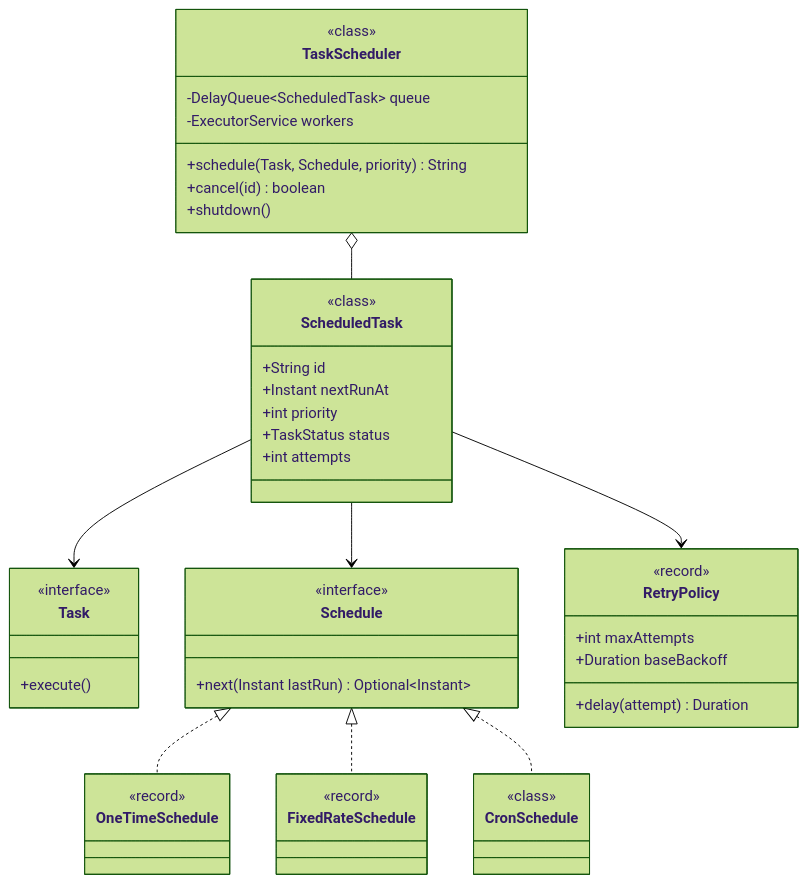
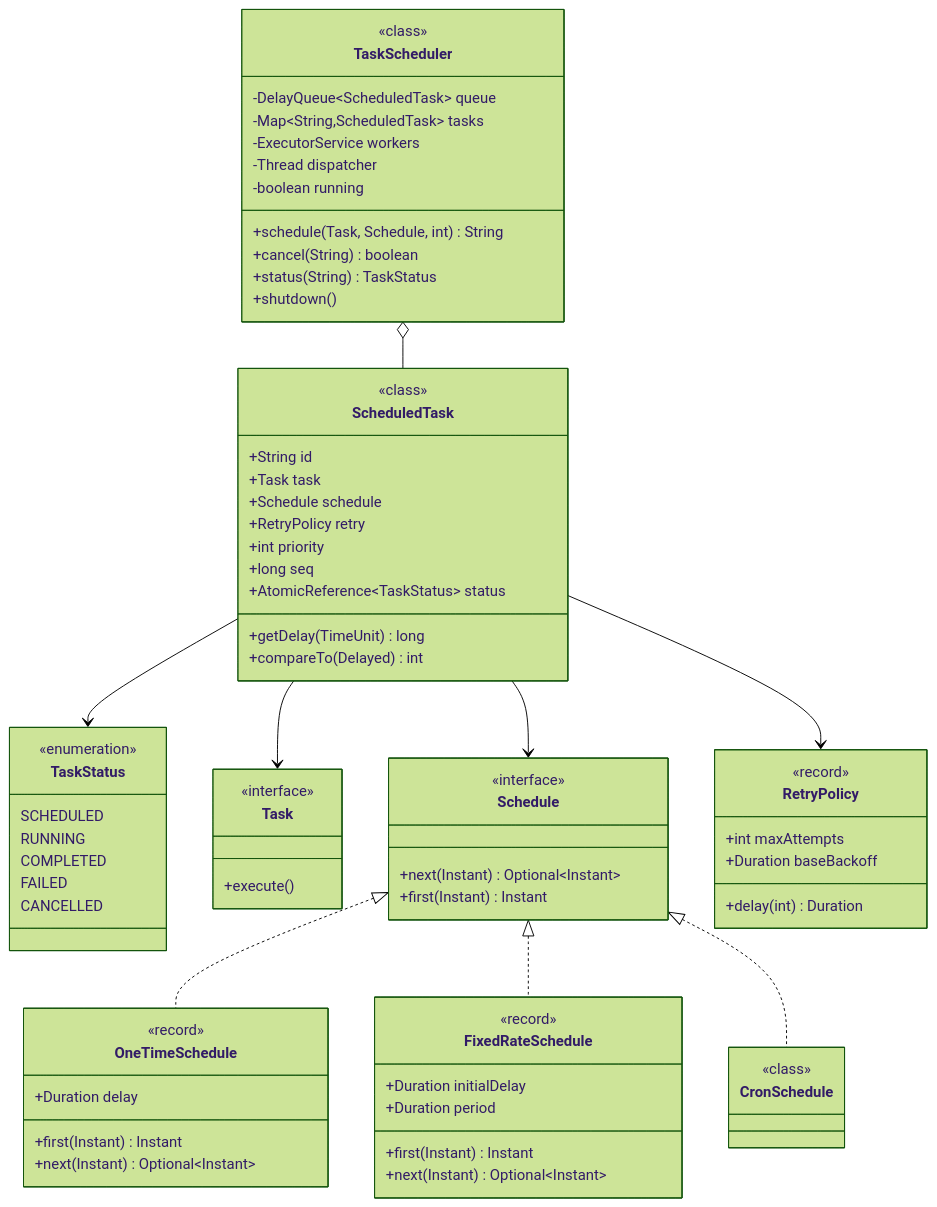
The first of 2 diagrams in system-design/lld/10-task-scheduler.md (amarkum/amarkumar.guru), drawn with Mermaid (forest theme) before and after one commit. The commit also changed 27 other files, not shown here.

Commit message:
Rebuild every UML class diagram from its Java code, add a notes progress tracker, and make diagrams readable with zoom and a legend.

````diff
--- a/system-design/lld/10-task-scheduler.md
+++ b/system-design/lld/10-task-scheduler.md
@@ -37,61 +37,74 @@
 ```mermaid
 classDiagram
+    class TaskStatus {
+      <<enumeration>>
+      SCHEDULED
+      RUNNING
+      COMPLETED
+      FAILED
+      CANCELLED
+    }
     class Task {
       <<interface>>
       +execute()
     }
     class Schedule {
       <<interface>>
-      +next(Instant lastRun) Optional~Instant~
+      +next(Instant) Optional~Instant~
+      +first(Instant) Instant
     }
     class OneTimeSchedule {
       <<record>>
+      +Duration delay
+      +first(Instant) Instant
+      +next(Instant) Optional~Instant~
     }
     class FixedRateSchedule {
       <<record>>
+      +Duration initialDelay
+      +Duration period
+      +first(Instant) Instant
+      +next(Instant) Optional~Instant~
+    }
+    class RetryPolicy {
+      <<record>>
+      +int maxAttempts
+      +Duration baseBackoff
+      +delay(int) Duration
+    }
+    class ScheduledTask {
+      <<class>>
+      +String id
+      +Task task
+      +Schedule schedule
+      +RetryPolicy retry
+      +int priority
+      +long seq
+      +AtomicReference~TaskStatus~ status
+      +getDelay(TimeUnit) long
+      +compareTo(Delayed) int
+    }
+    class TaskScheduler {
+      <<class>>
+      -DelayQueue~ScheduledTask~ queue
+      -Map~String,ScheduledTask~ tasks
+      -ExecutorService workers
+      -Thread dispatcher
+      -boolean running
+      +schedule(Task, Schedule, int) String
+      +cancel(String) boolean
+      +status(String) TaskStatus
+      +shutdown()
     }
     class CronSchedule {
       <<class>>
-    }
-    class RetryPolicy {
-      +int maxAttempts
-      +Duration baseBackoff
-      +delay(attempt) Duration
-    }
-    class ScheduledTask {
-      +String id
-      +Instant nextRunAt
-      +int priority
-      +TaskStatus status
-      +int attempts
-    }
-    class TaskScheduler {
-      -DelayQueue~ScheduledTask~ queue
-      -ExecutorService workers
-      +schedule(Task, Schedule, priority) String
-      +cancel(id) boolean
-      +shutdown()
     }
     Schedule <|.. OneTimeSchedule
     Schedule <|.. FixedRateSchedule
     Schedule <|.. CronSchedule
     ScheduledTask --> Task
     ScheduledTask --> Schedule
     ScheduledTask --> RetryPolicy
     TaskScheduler o-- ScheduledTask
-    class ScheduledTask {
-      <<class>>
-    }
-    class RetryPolicy {
-      <<record>>
-    }
-    class TaskScheduler {
-      <<class>>
-    }
-    class Schedule {
-      <<interface>>
-    }
-    class Task {
-      <<class>>
-    }
+    ScheduledTask --> TaskStatus
 ```
````
